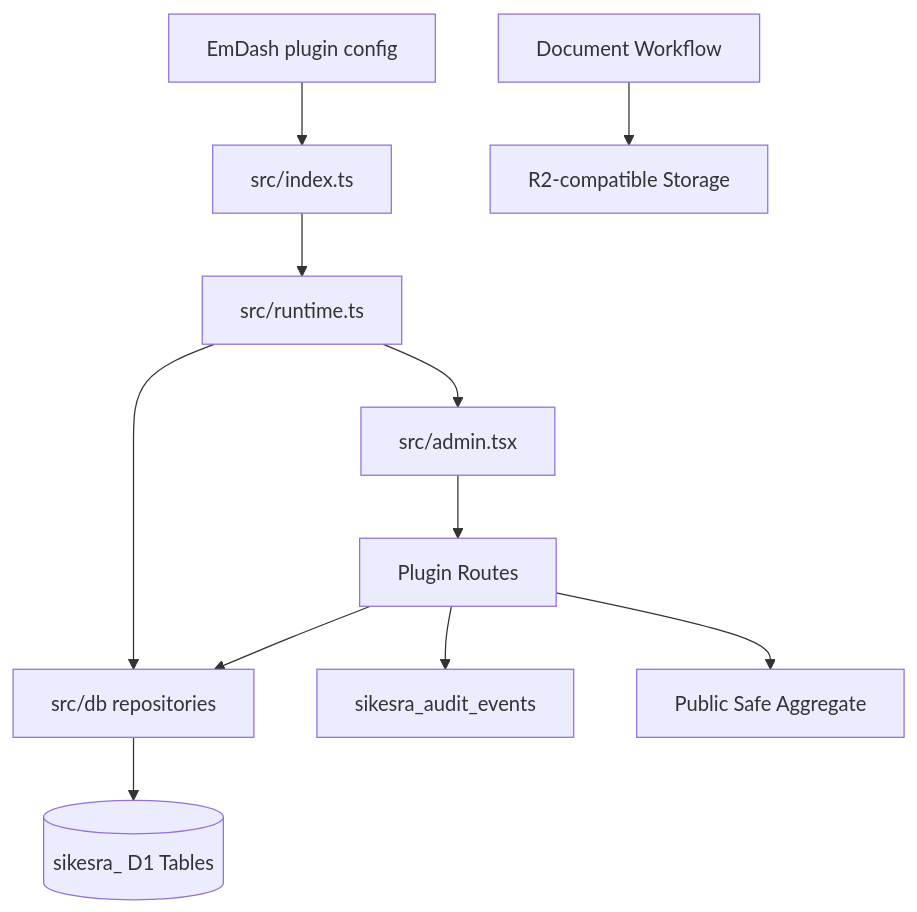
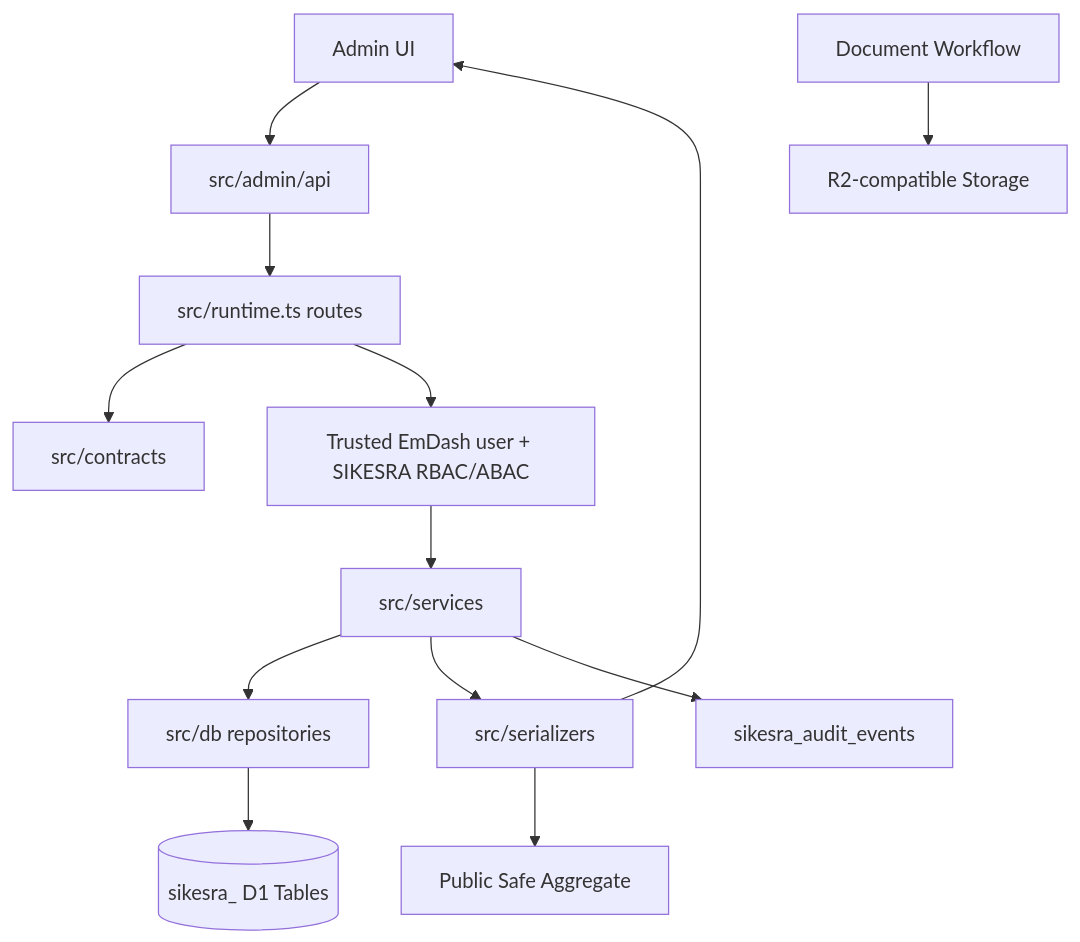
Before and after one commit to ahliweb/awcms-micro: the second of 2 diagrams in awcmsmicro-dev/packages/plugins/awcms-micro-sikesra/docs/TECHNICAL_PRD.md, drawn with Mermaid. The commit also changed other lines of this file, not shown here.

Commit message:
docs: update SIKESRA technical PRD with latest issue system

````diff
--- a/awcmsmicro-dev/packages/plugins/awcms-micro-sikesra/docs/TECHNICAL_PRD.md
+++ b/awcmsmicro-dev/packages/plugins/awcms-micro-sikesra/docs/TECHNICAL_PRD.md
@@ -221,13 +252,15 @@
 ```mermaid
 flowchart TD
-  Config[EmDash plugin config] --> Entry[src/index.ts]
-  Entry --> Runtime[src/runtime.ts]
-  Runtime --> Admin[src/admin.tsx]
-  Runtime --> Repositories[src/db repositories]
+  Admin[Admin UI] --> ApiClient[src/admin/api]
+  ApiClient --> Routes[src/runtime.ts routes]
+  Routes --> Contracts[src/contracts]
+  Routes --> Guard[Trusted EmDash user + SIKESRA RBAC/ABAC]
+  Guard --> Services[src/services]
+  Services --> Repositories[src/db repositories]
   Repositories --> D1[(sikesra_ D1 Tables)]
-  Admin --> Routes[Plugin Routes]
-  Routes --> Repositories
-  Routes --> Audit[sikesra_audit_events]
+  Services --> Serializers[src/serializers]
+  Serializers --> Admin
+  Services --> Audit[sikesra_audit_events]
   Documents[Document Workflow] --> R2[R2-compatible Storage]
-  Routes --> Public[Public Safe Aggregate]
+  Serializers --> Public[Public Safe Aggregate]
 ```
````
